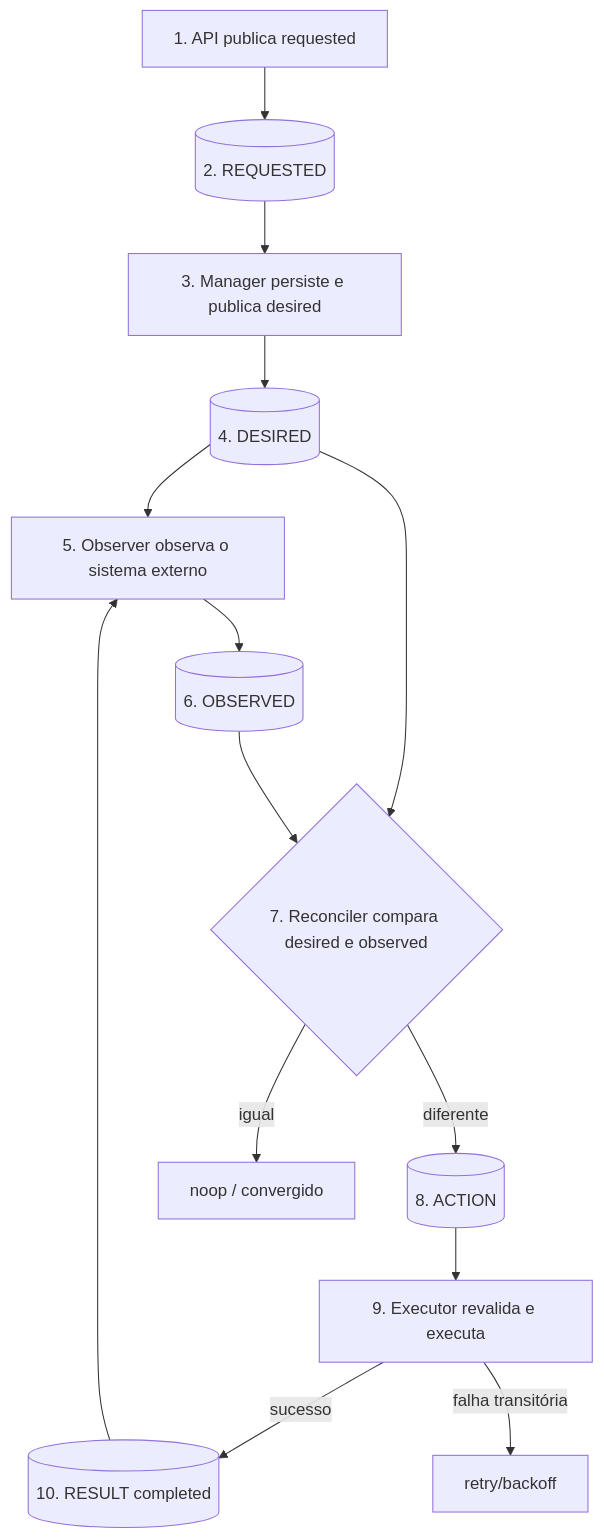
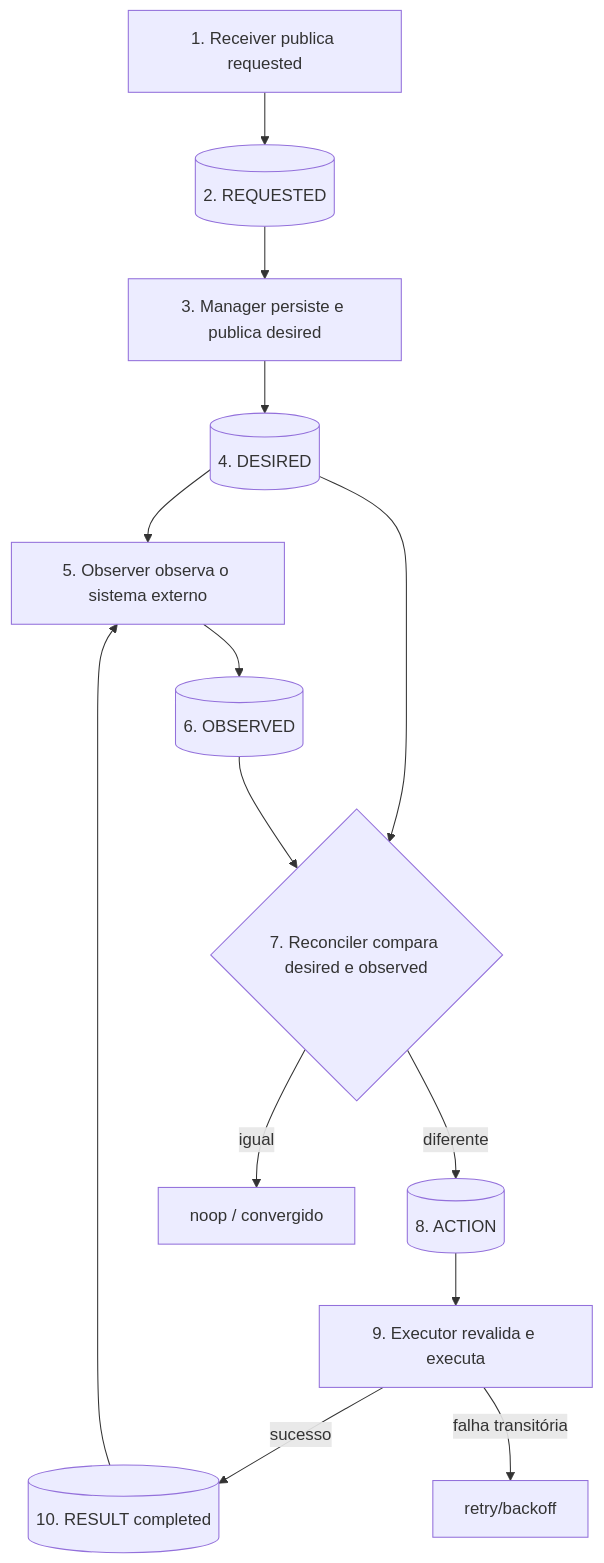
Before and after one commit to danielsabatini/smarkee: the sixth of 6 diagrams in docs/NATS.md, drawn with Mermaid. The commit also changed other lines of this file and 17 other files, not shown here.

````diff
--- a/docs/NATS.md
+++ b/docs/NATS.md
@@ -939,16 +957,16 @@
 ```mermaid
 graph TD
-    A[1. API publica requested] --> B[(2. REQUESTED)]
+    A[1. Receiver publica requested] --> B[(2. REQUESTED)]
     B --> C[3. Manager persiste e publica desired]
     C --> D[(4. DESIRED)]
     D --> E[5. Observer observa o sistema externo]
     E --> F[(6. OBSERVED)]
     D --> G{7. Reconciler compara desired e observed}
     F --> G
     G -->|diferente| H[(8. ACTION)]
     H --> I[9. Executor revalida e executa]
     I -->|sucesso| J[(10. RESULT completed)]
     I -->|falha transitória| K[retry/backoff]
     J --> E
     G -->|igual| L[noop / convergido]
 ```
````
